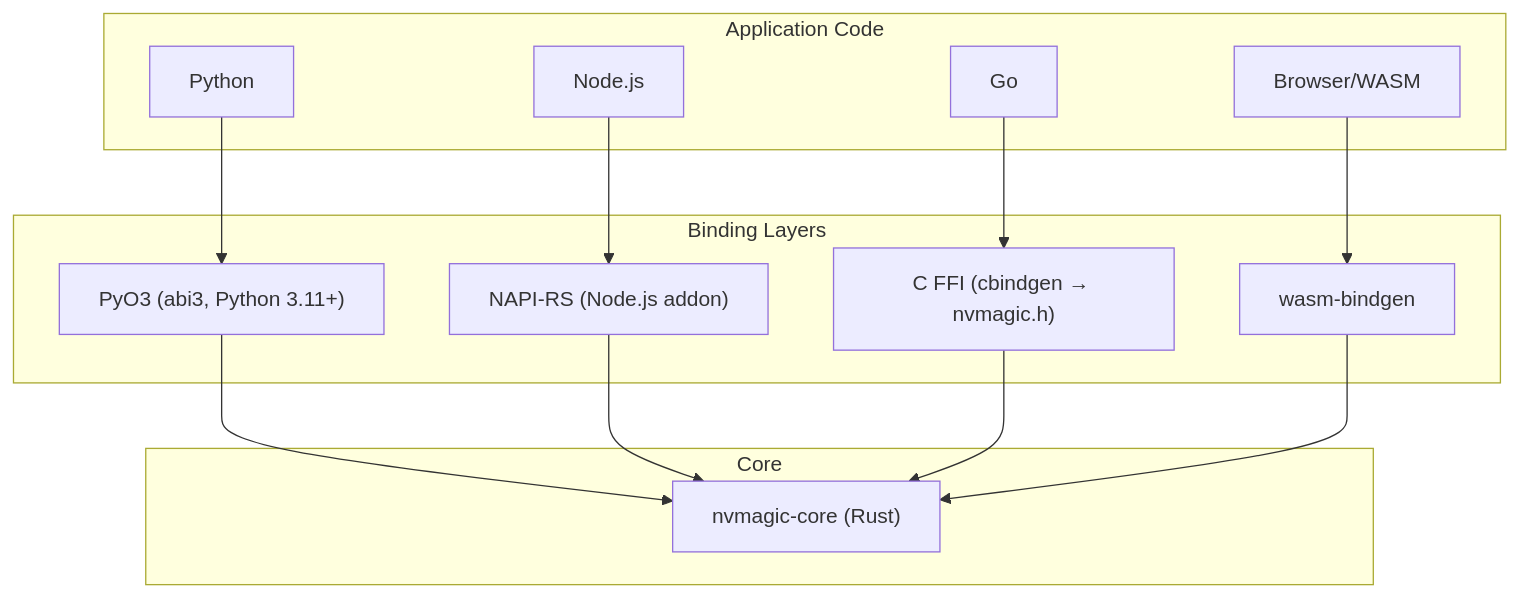
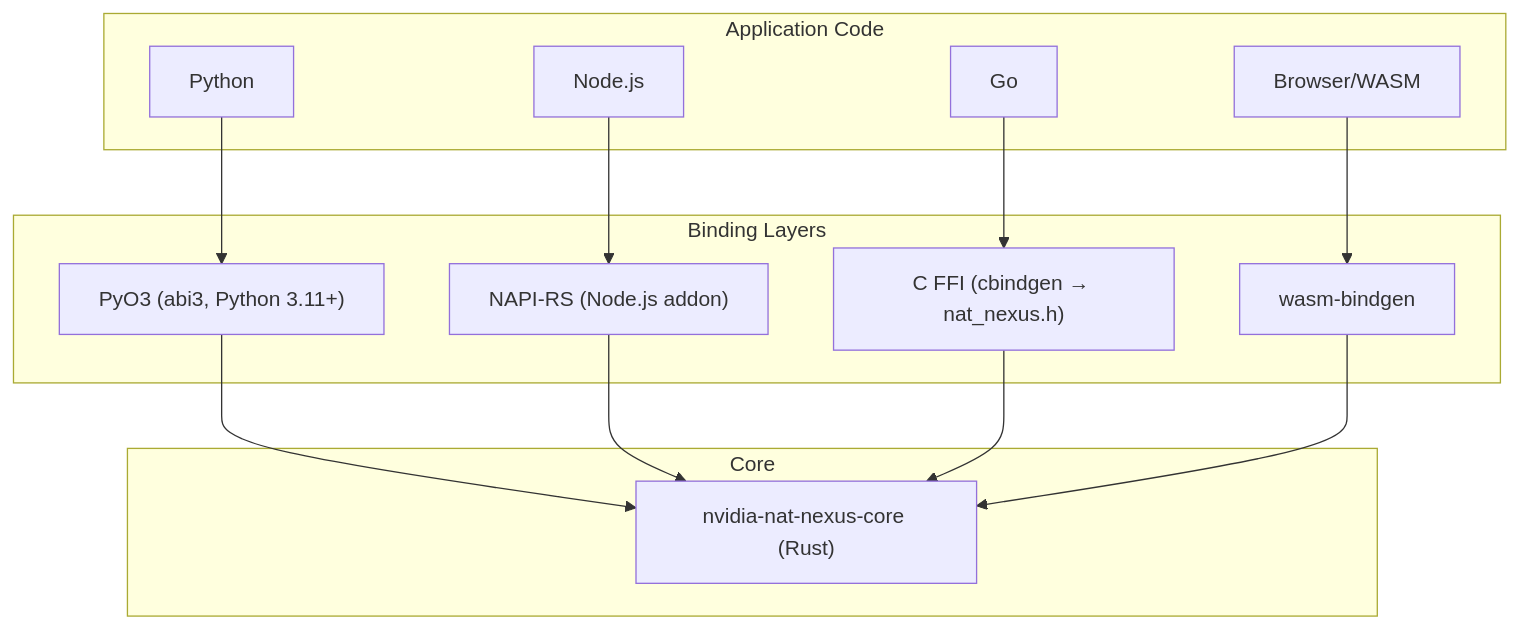
One commit to NVIDIA/NeMo-Relay changed the diagram in docs/language-bindings.md. Above: the diagram before and after it, drawn with Mermaid. The commit also changed other lines of this file and 142 other files, not shown here.

````diff
--- a/docs/language-bindings.md
+++ b/docs/language-bindings.md
@@ -12,25 +12,25 @@
 ```mermaid
 graph TD
     subgraph "Application Code"
         PY[Python]
         JS[Node.js]
         GO[Go]
         WA[Browser/WASM]
     end
 
     subgraph "Binding Layers"
         PYO3["PyO3 (abi3, Python 3.11+)"]
         NAPI["NAPI-RS (Node.js addon)"]
-        FFI["C FFI (cbindgen → nvmagic.h)"]
+        FFI["C FFI (cbindgen → nat_nexus.h)"]
         WASM["wasm-bindgen"]
     end
 
     subgraph "Core"
-        CORE["nvmagic-core (Rust)"]
+        CORE["nvidia-nat-nexus-core (Rust)"]
     end
 
     PY --> PYO3 --> CORE
     JS --> NAPI --> CORE
     GO --> FFI --> CORE
     WA --> WASM --> CORE
 ```
````
